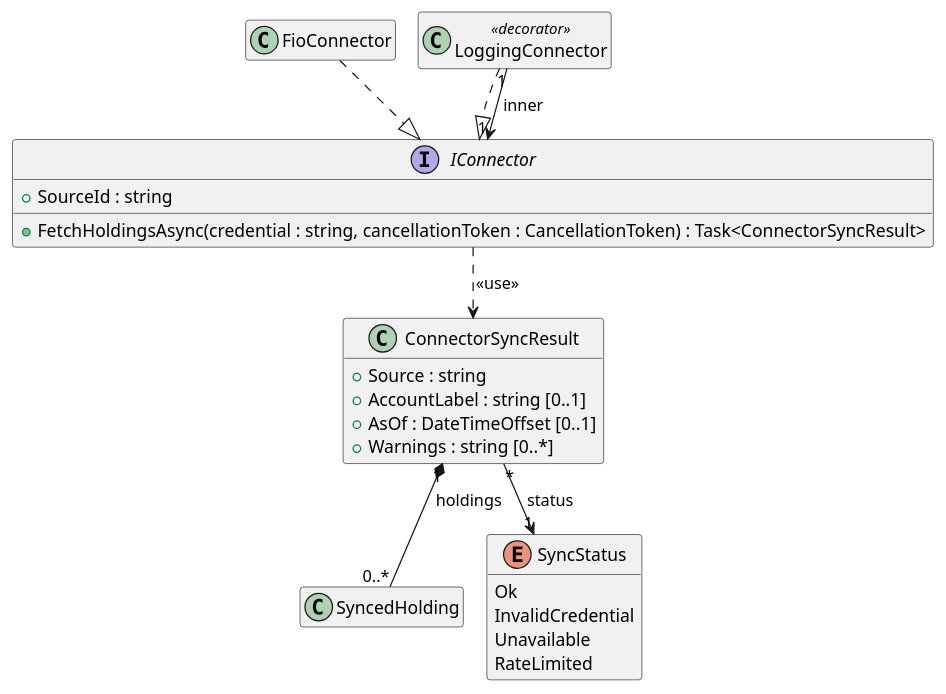
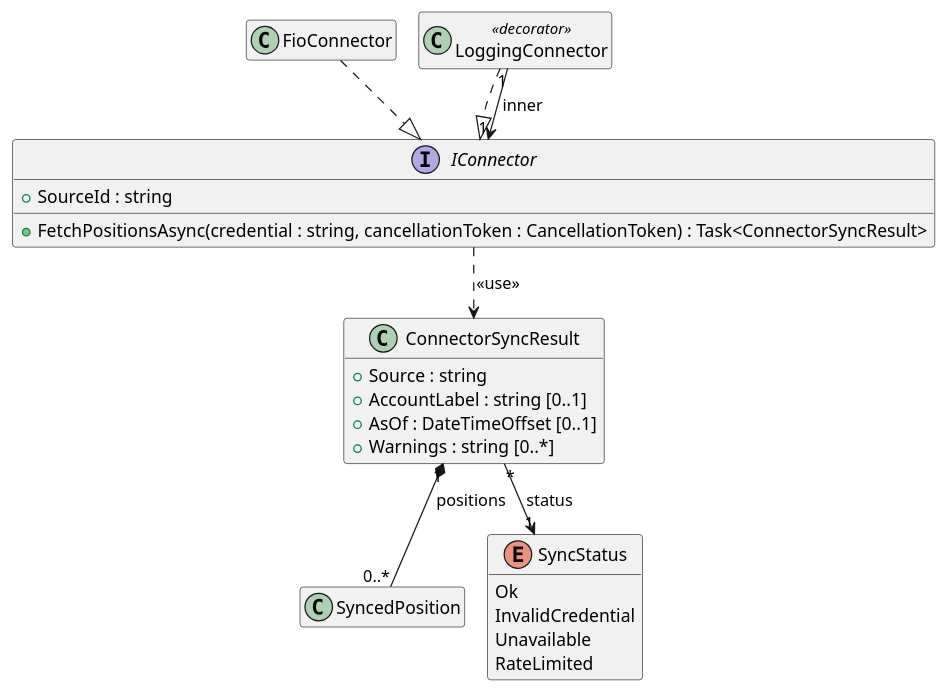
The diagram in docs/uml/02-connectors-classes.puml (martintvarog/private-portfolio-tracker-app), drawn with PlantUML before and after one commit. The commit also changed 27 other files, not shown here.

```diff
--- a/docs/uml/02-connectors-classes.puml
+++ b/docs/uml/02-connectors-classes.puml
@@ -1,47 +1,47 @@
 @startuml
 ' Step 2 creating exercise 1 — dictated by Martin, written by Claude
 ' Source: src/PortfolioTrackerApp.Connectors
 !pragma layout smetana
 hide empty members
 
 interface IConnector {
   + SourceId : string
-  + FetchHoldingsAsync(credential : string, cancellationToken : CancellationToken) : Task<ConnectorSyncResult>
+  + FetchPositionsAsync(credential : string, cancellationToken : CancellationToken) : Task<ConnectorSyncResult>
 }
 
 class FioConnector
 class LoggingConnector <<decorator>>
 
 class ConnectorSyncResult {
   + Source : string
   + AccountLabel : string [0..1]
   + AsOf : DateTimeOffset [0..1]
   + Warnings : string [0..*]
 }
 
-class SyncedHolding
+class SyncedPosition
 
 enum SyncStatus {
   Ok
   InvalidCredential
   Unavailable
   RateLimited
 }
 
 ' realization: both implement the interface
 FioConnector ..|> IConnector
 LoggingConnector ..|> IConnector
 
 ' association: the decorator holds the connector it wraps
 LoggingConnector "1" --> "1" IConnector : inner
 
 ' dependency: return type only, not stored
 IConnector ..> ConnectorSyncResult : <<use>>
 
-' composition: holdings belong to one result and die with it
-ConnectorSyncResult "1" *-- "0..*" SyncedHolding : holdings
+' composition: positions belong to one result and die with it
+ConnectorSyncResult "1" *-- "0..*" SyncedPosition : positions
 
 ' association: references one shared enum value
 ConnectorSyncResult "*" --> "1" SyncStatus : status
 
 @enduml
```
